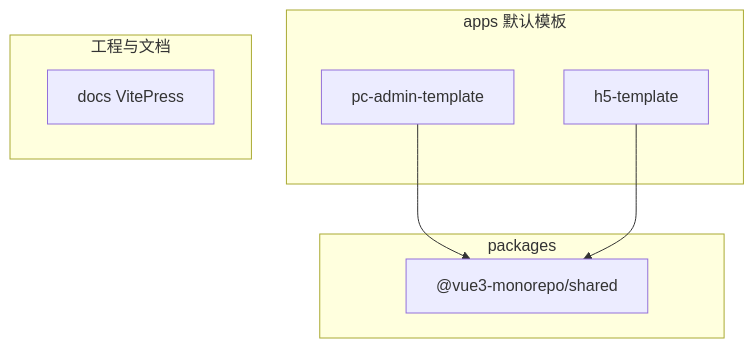
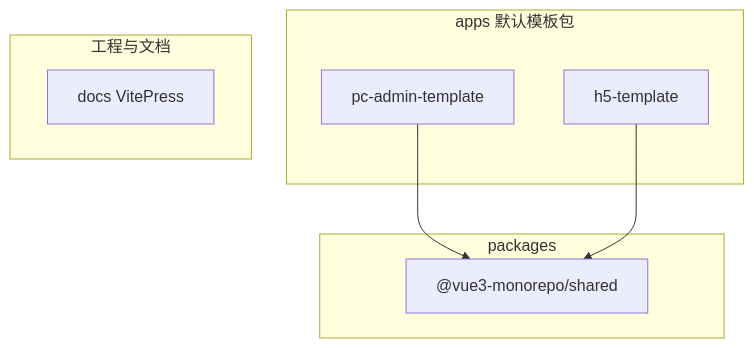
One commit to YanivWang/vue3-monorepo changed the diagram in docs/guide/architecture.md. Above: the diagram before and after it, drawn with Mermaid. The commit also changed other lines of this file and 13 other files, not shown here.

````diff
--- a/docs/guide/architecture.md
+++ b/docs/guide/architecture.md
@@ -7,15 +7,15 @@
 ```mermaid
 flowchart TB
-  subgraph apps [apps 默认模板]
+  subgraph apps [apps 默认模板包]
     admin[pc-admin-template]
     h5[h5-template]
   end
   subgraph packages [packages]
     shared["@vue3-monorepo/shared"]
   end
   subgraph tooling [工程与文档]
     docsPkg[docs VitePress]
   end
   admin --> shared
   h5 --> shared
 ```
````
